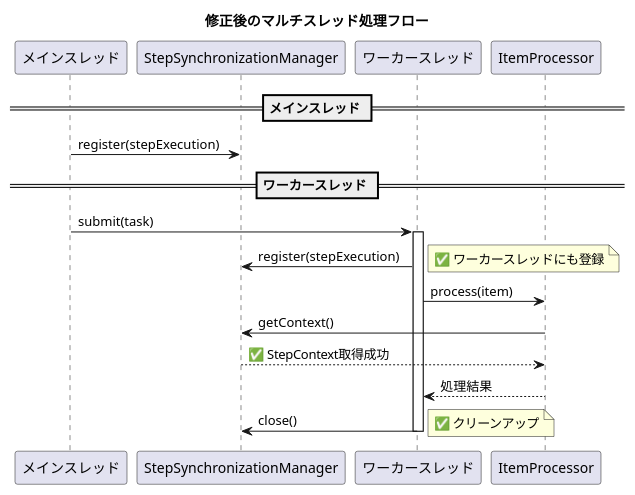
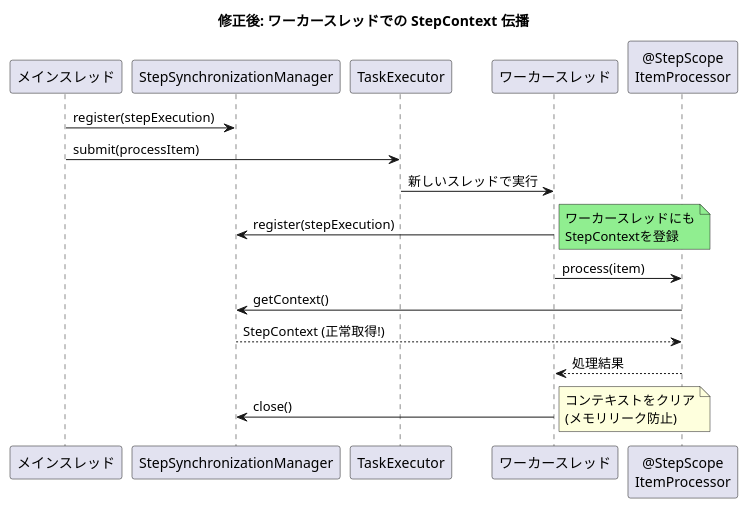
Before and after one commit to mochimoching/github_issue_translate: the second of 2 diagrams in output/spring-batch/6.0.2/all/current/markdown/issues_summary/issue_5183.md, drawn with PlantUML. The commit also changed other lines of this file and 63 other files, not shown here.

````diff
--- a/output/spring-batch/6.0.2/all/current/markdown/issues_summary/issue_5183.md
+++ b/output/spring-batch/6.0.2/all/current/markdown/issues_summary/issue_5183.md
@@ -119,30 +110,28 @@
 ```plantuml
 @startuml
-title 修正後のマルチスレッド処理フロー
+title 修正後: ワーカースレッドでの StepContext 伝播
 
 participant "メインスレッド" as Main
 participant "StepSynchronizationManager" as Manager
+participant "TaskExecutor" as Executor
 participant "ワーカースレッド" as Worker
-participant "ItemProcessor" as Processor
+participant "@StepScope\nItemProcessor" as Processor
 
-== メインスレッド ==
 Main -> Manager: register(stepExecution)
 
-== ワーカースレッド ==
-Main -> Worker: submit(task)
-activate Worker
+Main -> Executor: submit(processItem)
+Executor -> Worker: 新しいスレッドで実行
 
 Worker -> Manager: register(stepExecution)
-note right: ✅ ワーカースレッドにも登録
+note right #LightGreen: ワーカースレッドにも\nStepContextを登録
 
 Worker -> Processor: process(item)
 Processor -> Manager: getContext()
-Manager --> Processor: ✅ StepContext取得成功
+Manager --> Processor: StepContext (正常取得!)
 Processor --> Worker: 処理結果
 
 Worker -> Manager: close()
-note right: ✅ クリーンアップ
-deactivate Worker
+note right: コンテキストをクリア\n(メモリリーク防止)
 
 @enduml
 ```
````
